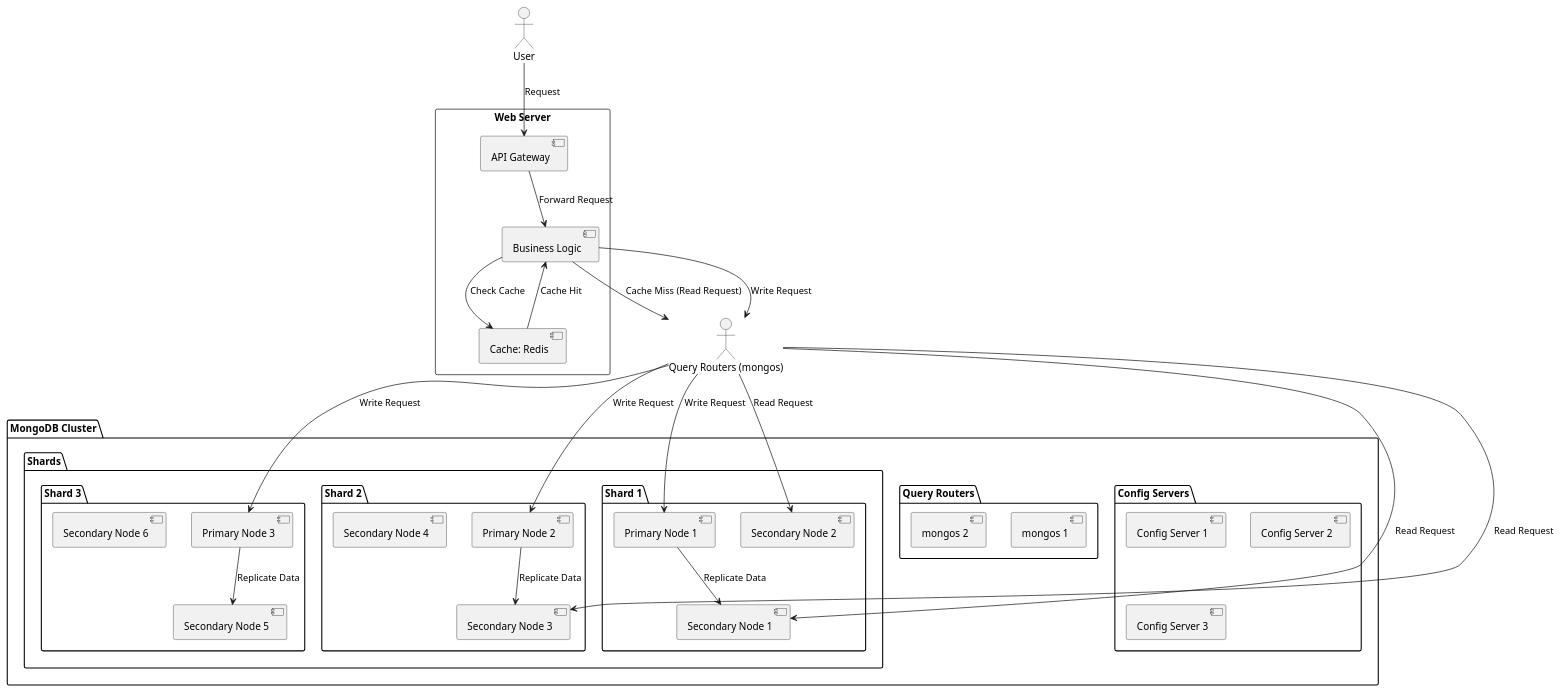
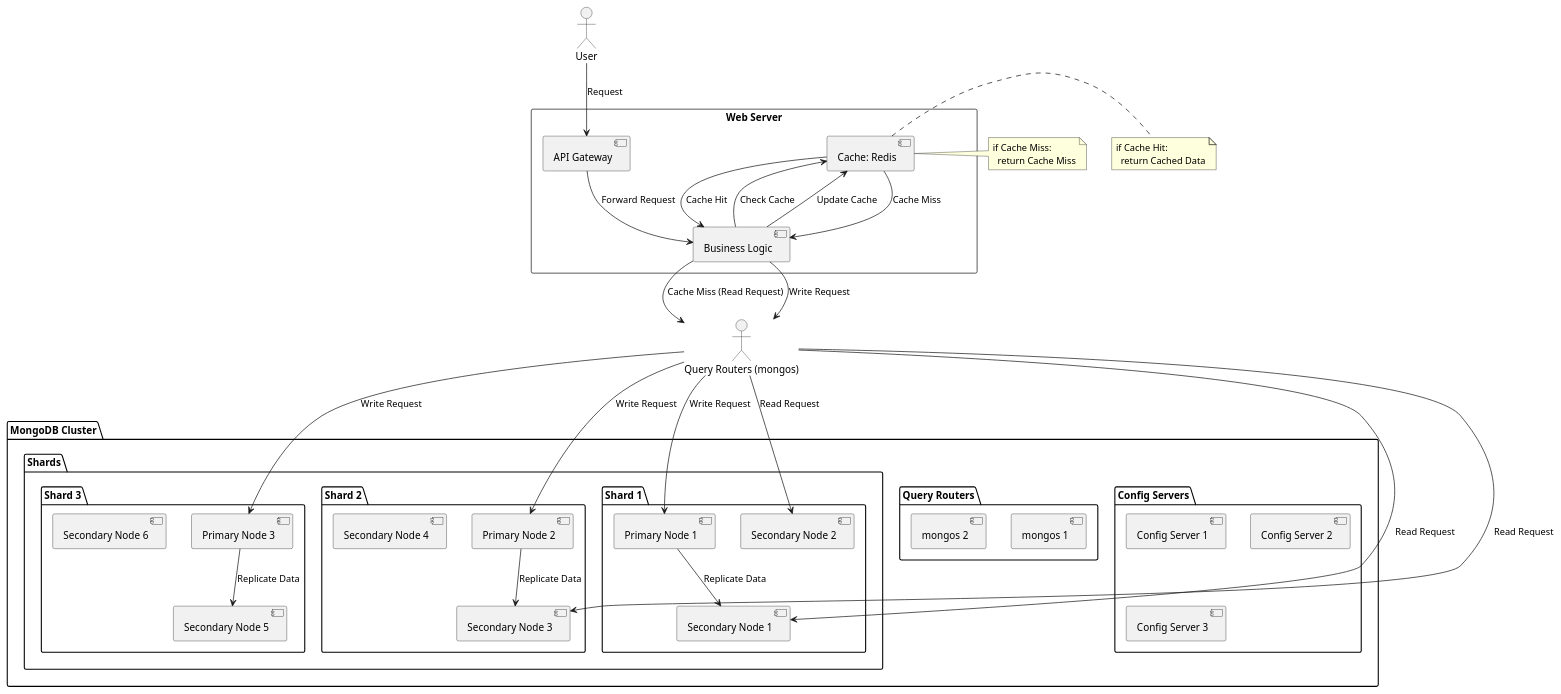
The diagram in high_traffic_calendar/high_traffic_calendar_mongodb_architecture.puml (huangyingw/system_design), drawn with PlantUML before and after one commit.

```diff
--- a/high_traffic_calendar/high_traffic_calendar_mongodb_architecture.puml
+++ b/high_traffic_calendar/high_traffic_calendar_mongodb_architecture.puml
@@ -1,59 +1,69 @@
 @startuml
 
 package "MongoDB Cluster" {
 
   package "Config Servers" {
     [Config Server 1]
     [Config Server 2]
     [Config Server 3]
   }
   
   package "Query Routers" {
     [mongos 1]
     [mongos 2]
   }
   
   package "Shards" {
     package "Shard 1" {
       [Primary Node 1]
       [Secondary Node 1]
       [Secondary Node 2]
     }
     package "Shard 2" {
       [Primary Node 2]
       [Secondary Node 3]
       [Secondary Node 4]
     }
     package "Shard 3" {
       [Primary Node 3]
       [Secondary Node 5]
       [Secondary Node 6]
     }
   }
 }
 
 actor User
 
 rectangle "Web Server" {
   [API Gateway]
   [Business Logic]
   [Cache: Redis]
 }
 
 User --> "API Gateway": Request
 "API Gateway" --> "Business Logic": Forward Request
 "Business Logic" --> "Cache: Redis": Check Cache
-"Cache: Redis" --> "Business Logic": Cache Hit
+note right of "Cache: Redis"
+  if Cache Miss:
+    return Cache Miss
+end note
+"Cache: Redis" --> "Business Logic": Cache Miss
 "Business Logic" --> "Query Routers (mongos)": Cache Miss (Read Request)
 "Business Logic" --> "Query Routers (mongos)": Write Request
 "Query Routers (mongos)" --> "Secondary Node 1": Read Request
 "Query Routers (mongos)" --> "Secondary Node 2": Read Request
 "Query Routers (mongos)" --> "Secondary Node 3": Read Request
 "Query Routers (mongos)" --> "Primary Node 1": Write Request
 "Query Routers (mongos)" --> "Primary Node 2": Write Request
 "Query Routers (mongos)" --> "Primary Node 3": Write Request
 "Primary Node 1" --> "Secondary Node 1": Replicate Data
 "Primary Node 2" --> "Secondary Node 3": Replicate Data
 "Primary Node 3" --> "Secondary Node 5": Replicate Data
+"Business Logic" --> "Cache: Redis": Update Cache
+note right of "Cache: Redis"
+  if Cache Hit:
+    return Cached Data
+end note
+"Cache: Redis" --> "Business Logic": Cache Hit
 
 @enduml
```
